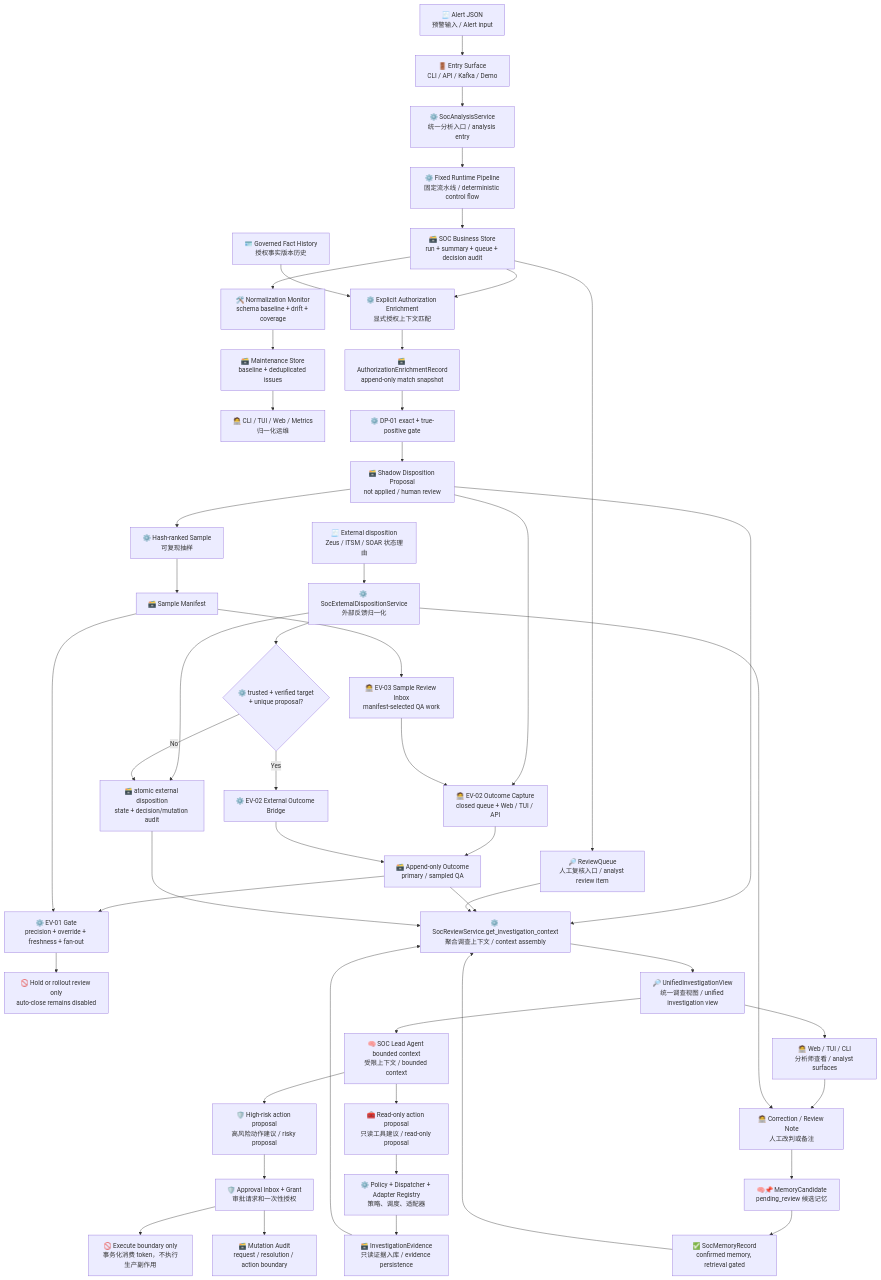
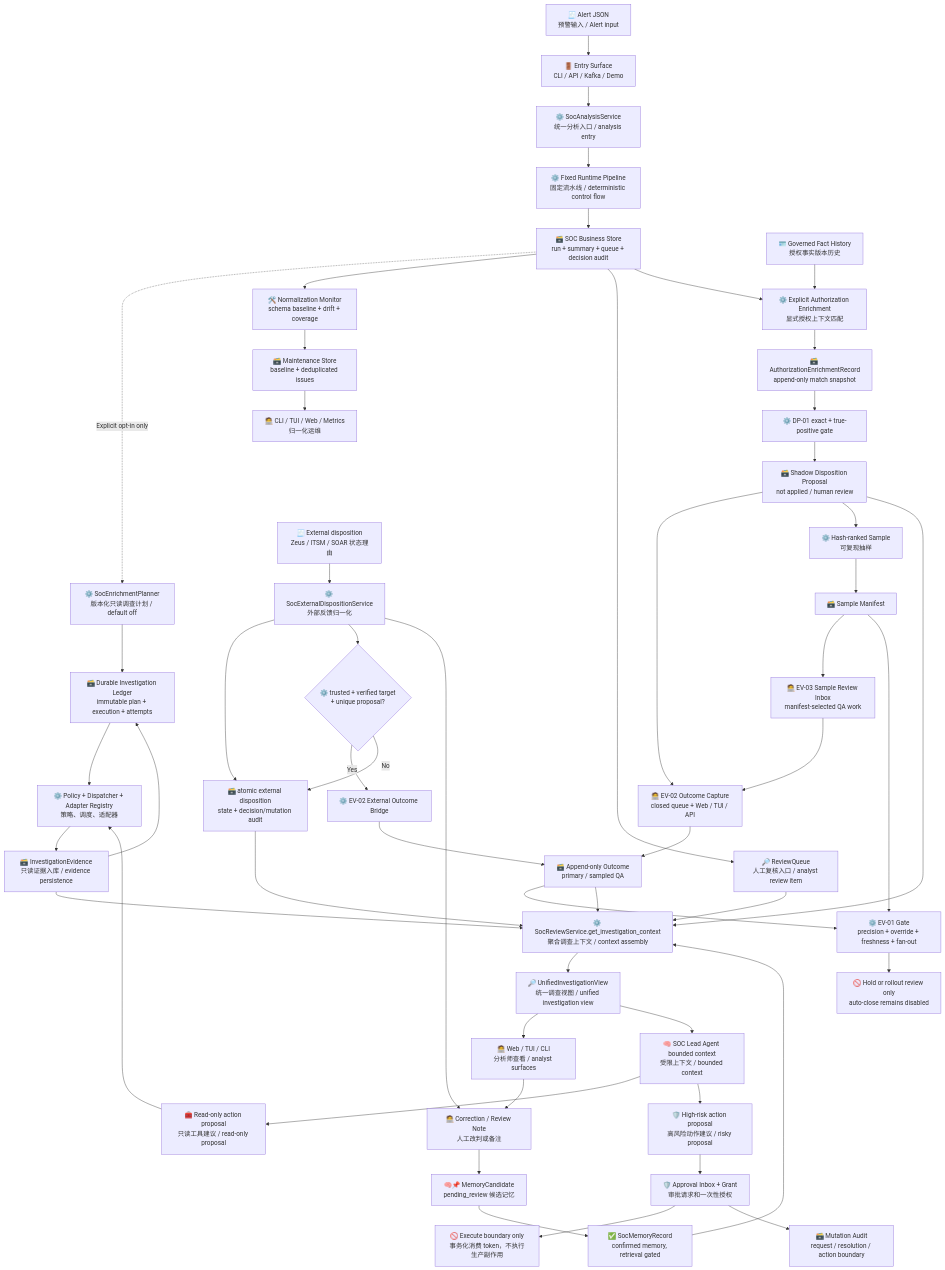
One commit to yydspanda/deer-flow changed the first of 22 diagrams in .notes/ai_soc/alert-lifecycle-flow.md. Above: the diagram before and after it, drawn with Mermaid. The commit also changed other lines of this file and 62 other files, not shown here.

Commit message:
feat(soc): add governed read-only investigation

````diff
--- a/.notes/ai_soc/alert-lifecycle-flow.md
+++ b/.notes/ai_soc/alert-lifecycle-flow.md
@@ -31,57 +31,61 @@
 ```mermaid
 flowchart TD
     A["🧾 Alert JSON<br/>预警输入 / Alert input"] --> B["🚪 Entry Surface<br/>CLI / API / Kafka / Demo"]
     B --> C["⚙️ SocAnalysisService<br/>统一分析入口 / analysis entry"]
     C --> D["⚙️ Fixed Runtime Pipeline<br/>固定流水线 / deterministic control flow"]
     D --> E["🗃️ SOC Business Store<br/>run + summary + queue + decision audit"]
+    E -.->|"Explicit opt-in only"| E0["⚙️ SocEnrichmentPlanner<br/>版本化只读调查计划 / default off"]
+    E0 --> E1["🗃️ Durable Investigation Ledger<br/>immutable plan + execution + attempts"]
     E --> W["🛠️ Normalization Monitor<br/>schema baseline + drift + coverage"]
     W --> X["🗃️ Maintenance Store<br/>baseline + deduplicated issues"]
     X --> Y["🧑‍💻 CLI / TUI / Web / Metrics<br/>归一化运维"]
 
     E --> F["🔎 ReviewQueue<br/>人工复核入口 / analyst review item"]
     E --> Z1["⚙️ Explicit Authorization Enrichment<br/>显式授权上下文匹配"]
     Z0["🪪 Governed Fact History<br/>授权事实版本历史"] --> Z1
     Z1 --> Z2["🗃️ AuthorizationEnrichmentRecord<br/>append-only match snapshot"]
     Z2 --> Z3["⚙️ DP-01 exact + true-positive gate"]
     Z3 --> Z4["🗃️ Shadow Disposition Proposal<br/>not applied / human review"]
     Z4 --> Z5["🧑‍💻 EV-02 Outcome Capture<br/>closed queue + Web / TUI / API"]
     Z5 --> Z6["🗃️ Append-only Outcome<br/>primary / sampled QA"]
     Z4 --> Z7["⚙️ Hash-ranked Sample<br/>可复现抽样"]
     Z7 --> Z8["🗃️ Sample Manifest"]
     Z8 --> Z13["🧑‍💻 EV-03 Sample Review Inbox<br/>manifest-selected QA work"]
     Z13 --> Z5
     Z6 --> Z9["⚙️ EV-01 Gate<br/>precision + override + freshness + fan-out"]
     Z8 --> Z9
     Z9 --> Z10["🚫 Hold or rollout review only<br/>auto-close remains disabled"]
     Z4 --> G
     Z6 --> G
     F --> G["⚙️ SocReviewService.get_investigation_context<br/>聚合调查上下文 / context assembly"]
 
     G --> H["🔎 UnifiedInvestigationView<br/>统一调查视图 / unified investigation view"]
     H --> I["🧑‍💻 Web / TUI / CLI<br/>分析师查看 / analyst surfaces"]
     H --> J["🧠 SOC Lead Agent bounded context<br/>受限上下文 / bounded context"]
 
     J --> K["🧰 Read-only action proposal<br/>只读工具建议 / read-only proposal"]
     K --> L["⚙️ Policy + Dispatcher + Adapter Registry<br/>策略、调度、适配器"]
+    E1 --> L
     L --> M["🗃️ InvestigationEvidence<br/>只读证据入库 / evidence persistence"]
+    M --> E1
     M --> G
 
     J --> N["🛡️ High-risk action proposal<br/>高风险动作建议 / risky proposal"]
     N --> O["🛡️ Approval Inbox + Grant<br/>审批请求和一次性授权"]
     O --> P["🚫 Execute boundary only<br/>事务化消费 token，不执行生产副作用"]
     O --> P1["🗃️ Mutation Audit<br/>request / resolution / action boundary"]
 
     I --> Q["🧑‍💻 Correction / Review Note<br/>人工改判或备注"]
     Q --> R["🧠📌 MemoryCandidate<br/>pending_review 候选记忆"]
     R --> S["✅ SocMemoryRecord<br/>confirmed memory, retrieval gated"]
     S --> G
 
     T["🧾 External disposition<br/>Zeus / ITSM / SOAR 状态理由"] --> U["⚙️ SocExternalDispositionService<br/>外部反馈归一化"]
     U --> V["🗃️ atomic external disposition<br/>state + decision/mutation audit"]
     U --> Z11{"⚙️ trusted + verified target<br/>+ unique proposal?"}
     Z11 -->|Yes| Z12["⚙️ EV-02 External Outcome Bridge"]
     Z12 --> Z6
     Z11 -->|No| V
     U --> Q
     V --> G
 ```
````
